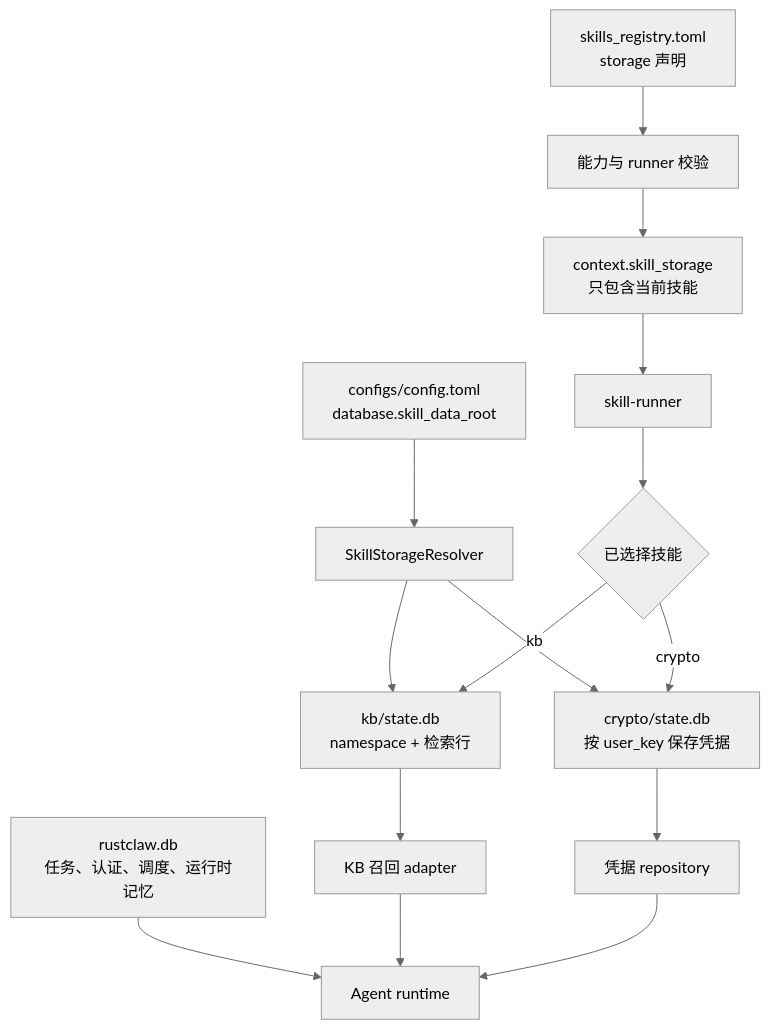
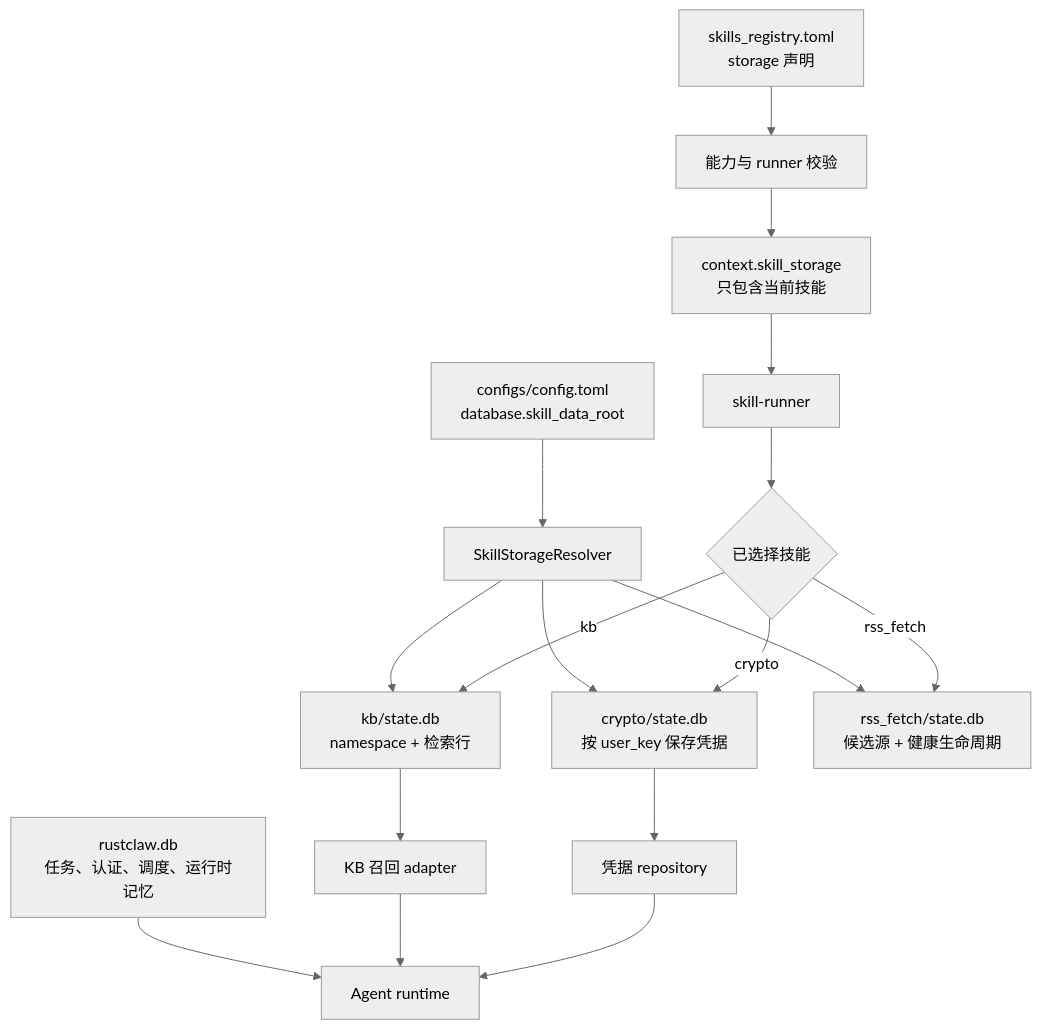
The diagram in docs/architecture/08-skill-owned-storage.zh-CN.md (MatrixCoreX/RustClaw), drawn with Mermaid (neutral theme) before and after one commit. The commit also changed other lines of this file and 332 other files, not shown here.

````diff
--- a/docs/architecture/08-skill-owned-storage.zh-CN.md
+++ b/docs/architecture/08-skill-owned-storage.zh-CN.md
@@ -14,17 +15,19 @@
 ```mermaid
 flowchart TD
     A[configs/config.toml<br/>database.skill_data_root] --> B[SkillStorageResolver]
     C[skills_registry.toml<br/>storage 声明] --> D[能力与 runner 校验]
     B --> E[crypto/state.db<br/>按 user_key 保存凭据]
     B --> F[kb/state.db<br/>namespace + 检索行]
+    B --> N[rss_fetch/state.db<br/>候选源 + 健康生命周期]
     D --> G[context.skill_storage<br/>只包含当前技能]
     G --> H[skill-runner]
     H --> I{已选择技能}
     I -->|crypto| E
     I -->|kb| F
+    I -->|rss_fetch| N
     J[rustclaw.db<br/>任务、认证、调度、运行时记忆] --> K[Agent runtime]
     F --> L[KB 召回 adapter]
     L --> K
     E --> M[凭据 repository]
     M --> K
 ```
````
